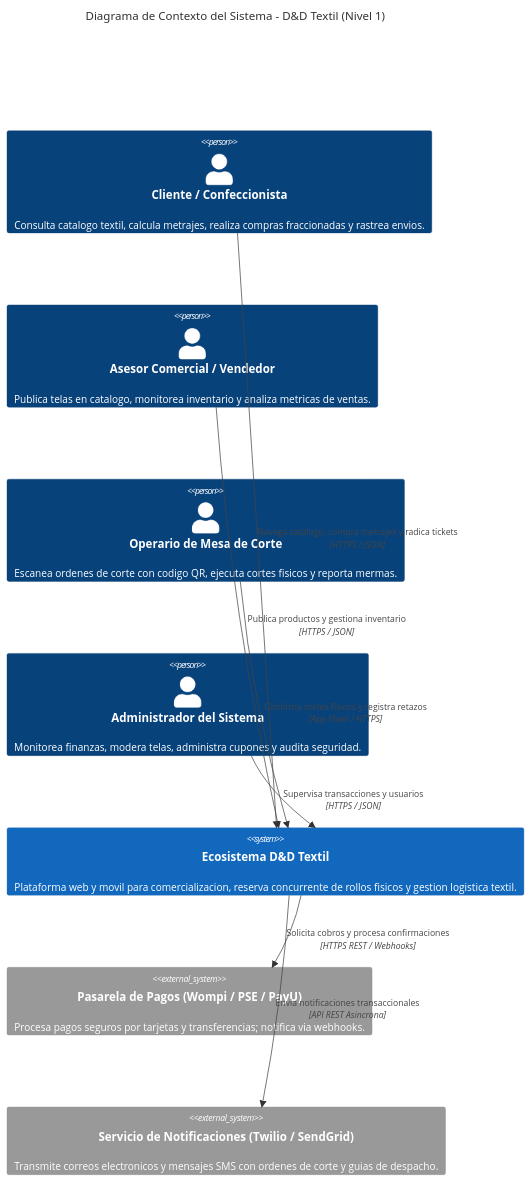
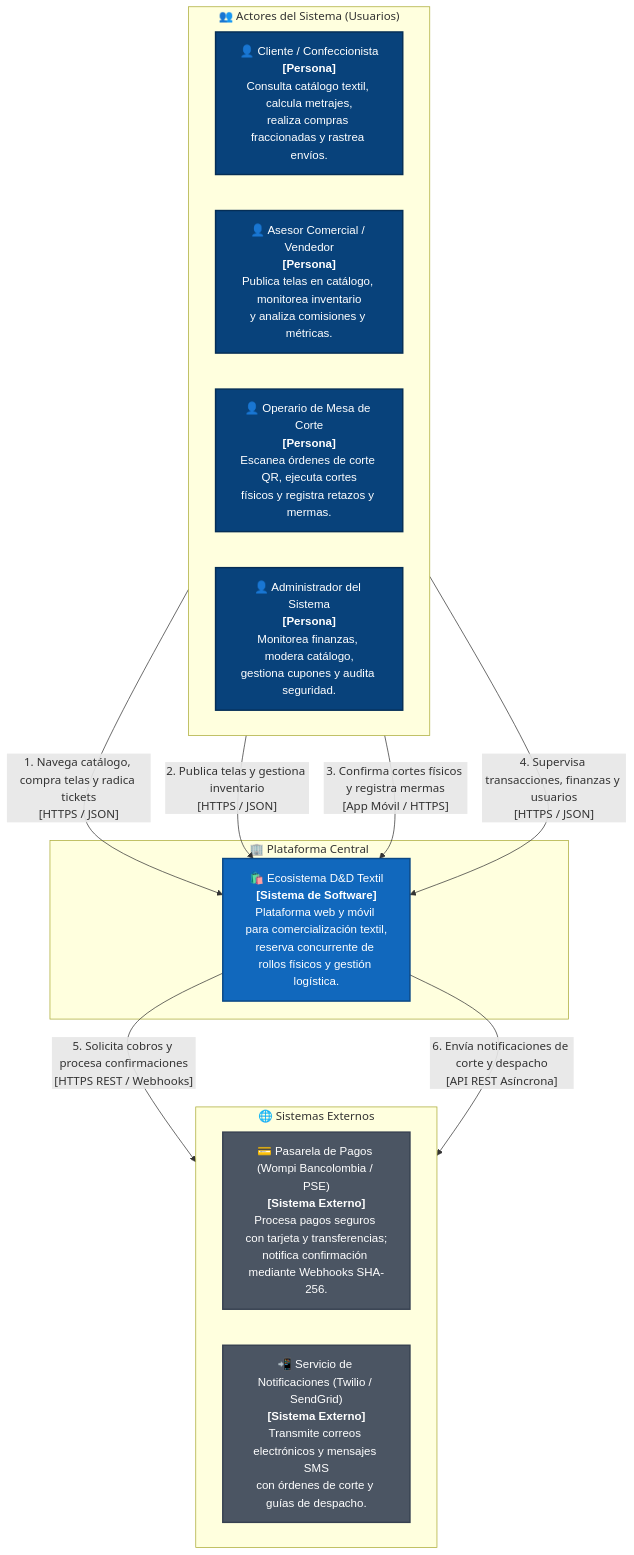
One commit to DAVIDVLEZ-DEVELOPER/PROYECTO-SENA-TIENDA-TEXTIL changed the first of 4 diagrams in documentacion/02-arquitectura-software-c4-y-backend.md. Above: the diagram before and after it, drawn with Mermaid. The commit also changed other lines of this file and 5 other files, not shown here.

First line of the commit message:
docs: reorganizaciÃ³n y estructuraciÃ³n visual de diagramas de arquitectura

````diff
--- a/documentacion/02-arquitectura-software-c4-y-backend.md
+++ b/documentacion/02-arquitectura-software-c4-y-backend.md
@@ -106,22 +108,32 @@
 ```mermaid
-C4Context
-    title Diagrama de Contexto del Sistema - D&D Textil (Nivel 1)
+flowchart TD
+    classDef personStyle fill:#08427B,stroke:#052e56,stroke-width:2px,color:#ffffff,font-family:sans-serif;
+    classDef coreSystem fill:#1168BD,stroke:#0b4884,stroke-width:2px,color:#ffffff,font-family:sans-serif;
+    classDef extSystem fill:#4B5563,stroke:#374151,stroke-width:2px,color:#ffffff,font-family:sans-serif;
 
-    Person(cliente, "Cliente / Confeccionista", "Consulta catalogo textil, calcula metrajes, realiza compras fraccionadas y rastrea envios.")
-    Person(vendedor, "Asesor Comercial / Vendedor", "Publica telas en catalogo, monitorea inventario y analiza metricas de ventas.")
-    Person(operario, "Operario de Mesa de Corte", "Escanea ordenes de corte con codigo QR, ejecuta cortes fisicos y reporta mermas.")
-    Person(admin, "Administrador del Sistema", "Monitorea finanzas, modera telas, administra cupones y audita seguridad.")
+    subgraph Actores ["👥 Actores del Sistema (Usuarios)"]
+        direction LR
+        cliente["👤 Cliente / Confeccionista<br/><b>[Persona]</b><br/>Consulta catálogo textil, calcula metrajes,<br/>realiza compras fraccionadas y rastrea envíos."]:::personStyle
+        vendedor["👤 Asesor Comercial / Vendedor<br/><b>[Persona]</b><br/>Publica telas en catálogo, monitorea inventario<br/>y analiza comisiones y métricas."]:::personStyle
+        operario["👤 Operario de Mesa de Corte<br/><b>[Persona]</b><br/>Escanea órdenes de corte QR, ejecuta cortes<br/>físicos y registra retazos y mermas."]:::personStyle
+        admin["👤 Administrador del Sistema<br/><b>[Persona]</b><br/>Monitorea finanzas, modera catálogo,<br/>gestiona cupones y audita seguridad."]:::personStyle
+    end
 
-    System(sistemaTextil, "Ecosistema D&D Textil", "Plataforma web y movil para comercializacion, reserva concurrente de rollos fisicos y gestion logistica textil.")
+    subgraph Plataforma ["🏢 Plataforma Central"]
+        sistemaTextil["🛍️ Ecosistema D&D Textil<br/><b>[Sistema de Software]</b><br/>Plataforma web y móvil para comercialización textil,<br/>reserva concurrente de rollos físicos y gestión logística."]:::coreSystem
+    end
 
-    System_Ext(pasarelaPagos, "Pasarela de Pagos (Wompi / PSE / PayU)", "Procesa pagos seguros por tarjetas y transferencias; notifica via webhooks.")
-    System_Ext(servicioMensajeria, "Servicio de Notificaciones (Twilio / SendGrid)", "Transmite correos electronicos y mensajes SMS con ordenes de corte y guias de despacho.")
+    subgraph Externos ["🌐 Sistemas Externos"]
+        direction LR
+        pasarelaPagos["💳 Pasarela de Pagos (Wompi Bancolombia / PSE)<br/><b>[Sistema Externo]</b><br/>Procesa pagos seguros con tarjeta y transferencias;<br/>notifica confirmación mediante Webhooks SHA-256."]:::extSystem
+        servicioMensajeria["📲 Servicio de Notificaciones (Twilio / SendGrid)<br/><b>[Sistema Externo]</b><br/>Transmite correos electrónicos y mensajes SMS<br/>con órdenes de corte y guías de despacho."]:::extSystem
+    end
 
-    Rel(cliente, sistemaTextil, "Navega catalogo, compra metrajes y radica tickets", "HTTPS / JSON")
-    Rel(vendedor, sistemaTextil, "Publica productos y gestiona inventario", "HTTPS / JSON")
-    Rel(operario, sistemaTextil, "Confirma cortes fisicos y registra retazos", "App Movil / HTTPS")
-    Rel(admin, sistemaTextil, "Supervisa transacciones y usuarios", "HTTPS / JSON")
+    cliente -->|"1. Navega catálogo, compra telas y radica tickets<br/>[HTTPS / JSON]"| sistemaTextil
+    vendedor -->|"2. Publica telas y gestiona inventario<br/>[HTTPS / JSON]"| sistemaTextil
+    operario -->|"3. Confirma cortes físicos y registra mermas<br/>[App Móvil / HTTPS]"| sistemaTextil
+    admin -->|"4. Supervisa transacciones, finanzas y usuarios<br/>[HTTPS / JSON]"| sistemaTextil
 
-    Rel(sistemaTextil, pasarelaPagos, "Solicita cobros y procesa confirmaciones", "HTTPS REST / Webhooks")
-    Rel(sistemaTextil, servicioMensajeria, "Envia notificaciones transaccionales", "API REST Asincrona")
+    sistemaTextil -->|"5. Solicita cobros y procesa confirmaciones<br/>[HTTPS REST / Webhooks]"| pasarelaPagos
+    sistemaTextil -->|"6. Envía notificaciones de corte y despacho<br/>[API REST Asíncrona]"| servicioMensajeria
 ```
````
